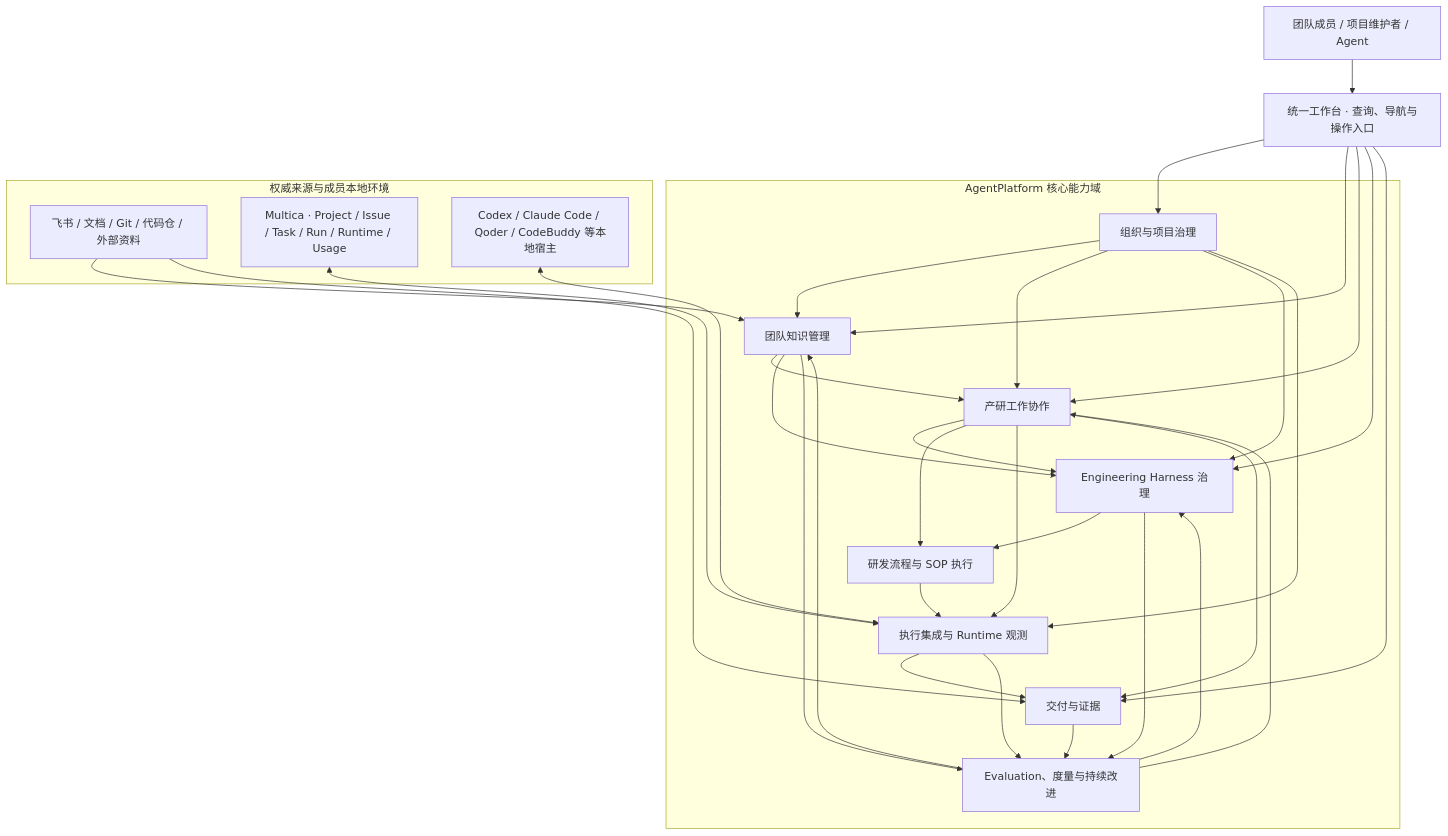
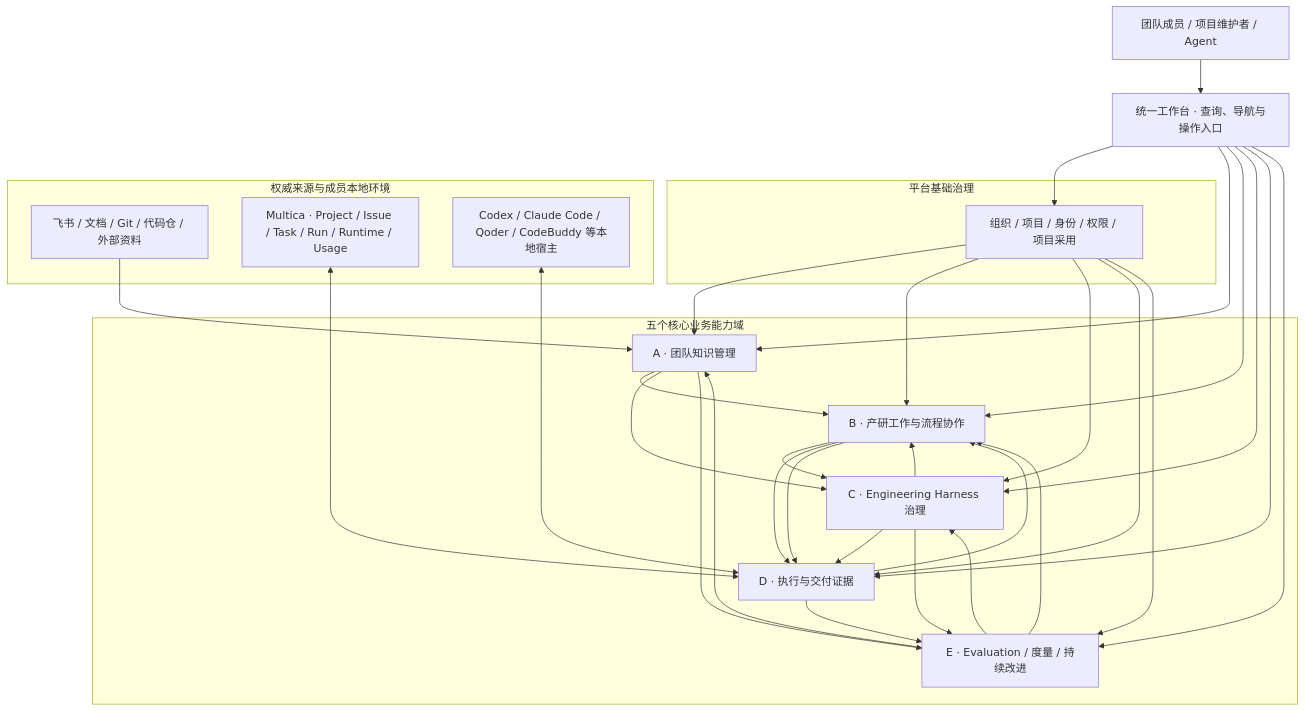
One commit to ScWen7/Issues changed the first of 2 diagrams in docs/architecture/system-architecture.md. Above: the diagram before and after it, drawn with Mermaid. The commit also changed other lines of this file, not shown here.

Commit message:
docs: consolidate architecture into five business capability domains

```diff
--- a/docs/architecture/system-architecture.md
+++ b/docs/architecture/system-architecture.md
@@ -18,53 +24,49 @@
 ~~~mermaid
 flowchart TB
   People["团队成员 / 项目维护者 / Agent"]
   UI["统一工作台 · 查询、导航与操作入口"]
-
-  subgraph Core["AgentPlatform 核心能力域"]
-    Org["组织与项目治理"]
-    Knowledge["团队知识管理"]
-    Work["产研工作协作"]
-    Harness["Engineering Harness 治理"]
-    Flow["研发流程与 SOP 执行"]
-    Execution["执行集成与 Runtime 观测"]
-    Evidence["交付与证据"]
-    Evolution["Evaluation、度量与持续改进"]
+  subgraph Foundation["平台基础治理"]
+    Org["组织 / 项目 / 身份 / 权限 / 项目采用"]
   end
-
+  subgraph Core["五个核心业务能力域"]
+    Knowledge["A · 团队知识管理"]
+    Work["B · 产研工作与流程协作"]
+    Harness["C · Engineering Harness 治理"]
+    Delivery["D · 执行与交付证据"]
+    Evolution["E · Evaluation / 度量 / 持续改进"]
+  end
   subgraph External["权威来源与成员本地环境"]
     Sources["飞书 / 文档 / Git / 代码仓 / 外部资料"]
     Multica["Multica · Project / Issue / Task / Run / Runtime / Usage"]
     Hosts["Codex / Claude Code / Qoder / CodeBuddy 等本地宿主"]
   end
-
   People --> UI
   UI --> Org
   UI --> Knowledge
   UI --> Work
   UI --> Harness
-  UI --> Evidence
+  UI --> Delivery
+  UI --> Evolution
   Org --> Knowledge
   Org --> Work
   Org --> Harness
-  Org --> Execution
+  Org --> Delivery
+  Org --> Evolution
   Sources --> Knowledge
-  Sources --> Evidence
   Knowledge --> Work
   Knowledge --> Harness
   Work --> Harness
-  Harness --> Flow
-  Work --> Flow
-  Flow --> Execution
-  Work --> Execution
-  Multica <--> Execution
-  Hosts <--> Execution
-  Execution --> Evidence
-  Work --> Evidence
-  Evidence --> Evolution
-  Execution --> Evolution
+  Work --> Delivery
+  Harness --> Work
+  Harness --> Delivery
+  Work --> Delivery
+  Multica <--> Delivery
+  Hosts <--> Delivery
+  Delivery --> Work
+  Delivery --> Evolution
   Knowledge --> Evolution
   Harness --> Evolution
   Evolution --> Knowledge
   Evolution --> Harness
   Evolution --> Work
 ~~~
```
